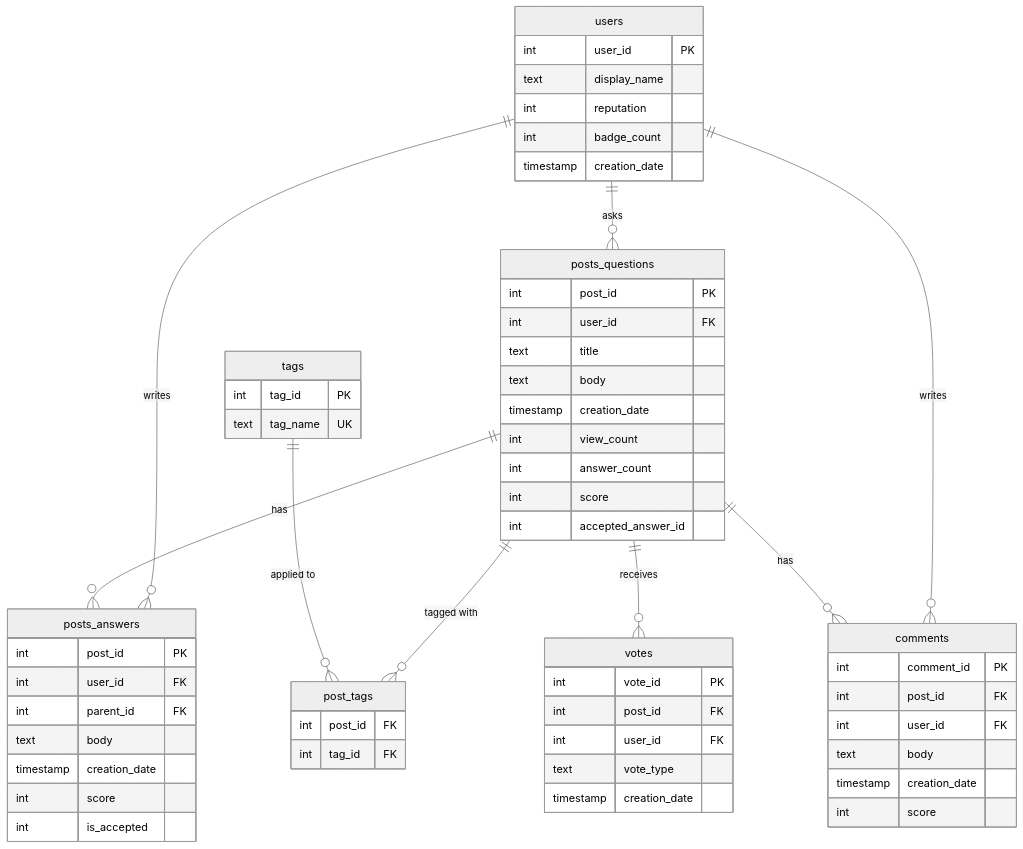
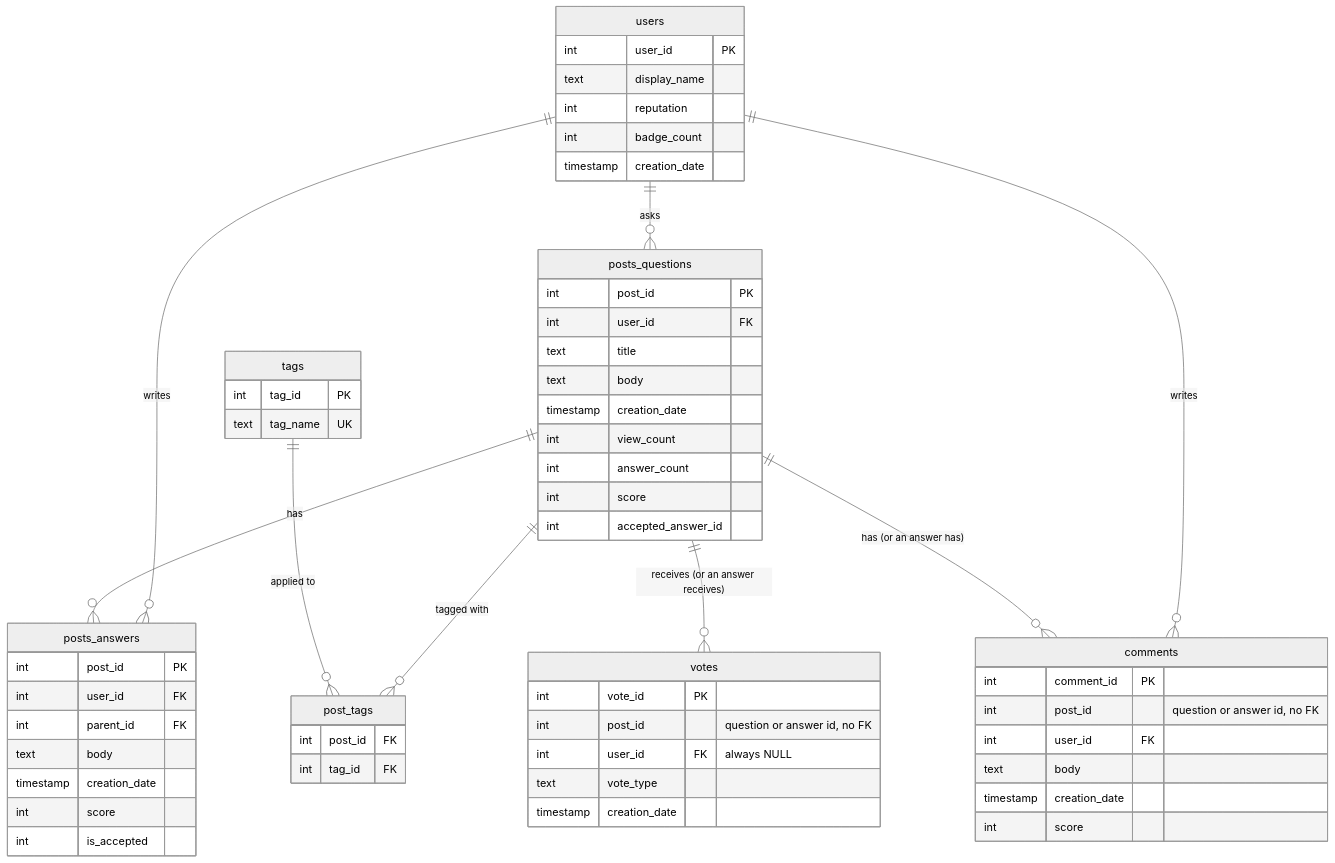
One commit to brianravelo28/stackoverflow-nlp-query-engine changed the diagram in docs/DATA_SCHEMA.md. Above: the diagram before and after it, drawn with Mermaid (neutral theme). The commit also changed other lines of this file and 8 other files, not shown here.

````diff
--- a/docs/DATA_SCHEMA.md
+++ b/docs/DATA_SCHEMA.md
@@ -19,62 +32,62 @@
 ```mermaid
 erDiagram
     users ||--o{ posts_questions : "asks"
     users ||--o{ posts_answers : "writes"
     users ||--o{ comments : "writes"
     posts_questions ||--o{ posts_answers : "has"
     posts_questions ||--o{ post_tags : "tagged with"
     tags ||--o{ post_tags : "applied to"
-    posts_questions ||--o{ comments : "has"
-    posts_questions ||--o{ votes : "receives"
+    posts_questions ||--o{ comments : "has (or an answer has)"
+    posts_questions ||--o{ votes : "receives (or an answer receives)"
 
     users {
         int user_id PK
         text display_name
         int reputation
         int badge_count
         timestamp creation_date
     }
     tags {
         int tag_id PK
         text tag_name UK
     }
     posts_questions {
         int post_id PK
         int user_id FK
         text title
         text body
         timestamp creation_date
         int view_count
         int answer_count
         int score
         int accepted_answer_id
     }
     posts_answers {
         int post_id PK
         int user_id FK
         int parent_id FK
         text body
         timestamp creation_date
         int score
         int is_accepted
     }
     post_tags {
         int post_id FK
         int tag_id FK
     }
     comments {
         int comment_id PK
-        int post_id FK
+        int post_id "question or answer id, no FK"
         int user_id FK
         text body
         timestamp creation_date
         int score
     }
     votes {
         int vote_id PK
-        int post_id FK
-        int user_id FK
+        int post_id "question or answer id, no FK"
+        int user_id FK "always NULL"
         text vote_type
         timestamp creation_date
     }
 ```
````
